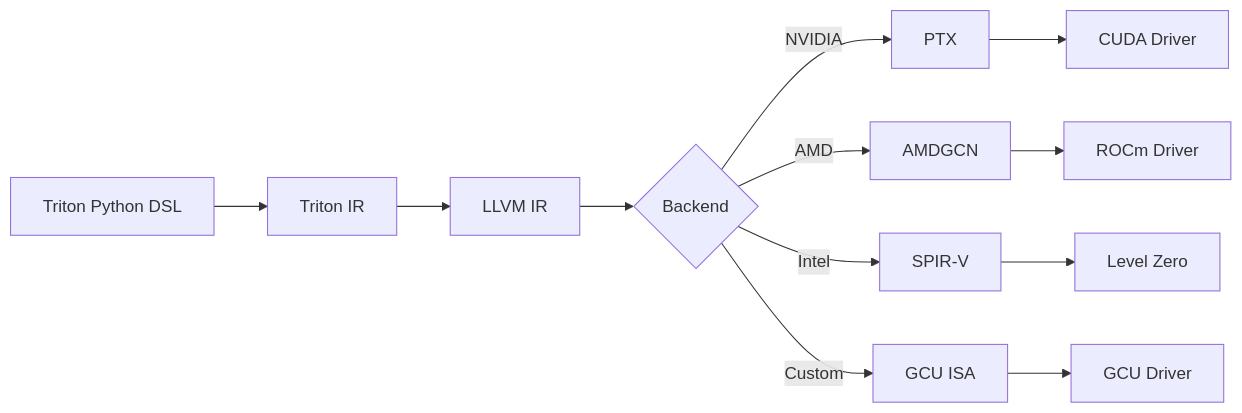
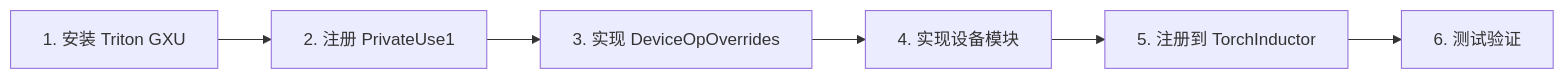
One commit to aigc-open/LLM-BOOK changed the second of 3 diagrams in Pytorch/compile/08_国产设备适配_Triton后端扩展.md. Above: the diagram before and after it, drawn with Mermaid. The commit also changed other lines of this file and 1 other file, not shown here.

First line of the commit message:
Update Triton backend documentation for PyTorch integration

````diff
--- a/Pytorch/compile/08_国产设备适配_Triton后端扩展.md
+++ b/Pytorch/compile/08_国产设备适配_Triton后端扩展.md
@@ -152,15 +390,8 @@
 ```mermaid
 graph LR
-    A[Triton Python DSL] --> B[Triton IR]
-    B --> C[LLVM IR]
-    C --> D{Backend}
-    D -->|NVIDIA| E[PTX]
-    D -->|AMD| F[AMDGCN]
-    D -->|Intel| G[SPIR-V]
-    D -->|Custom| H[GCU ISA]
-    
-    E --> I[CUDA Driver]
-    F --> J[ROCm Driver]
-    G --> K[Level Zero]
-    H --> L[GCU Driver]
+    A[1. 安装 Triton GXU] --> B[2. 注册 PrivateUse1]
+    B --> C[3. 实现 DeviceOpOverrides]
+    C --> D[4. 实现设备模块]
+    D --> E[5. 注册到 TorchInductor]
+    E --> F[6. 测试验证]
 ```
````
